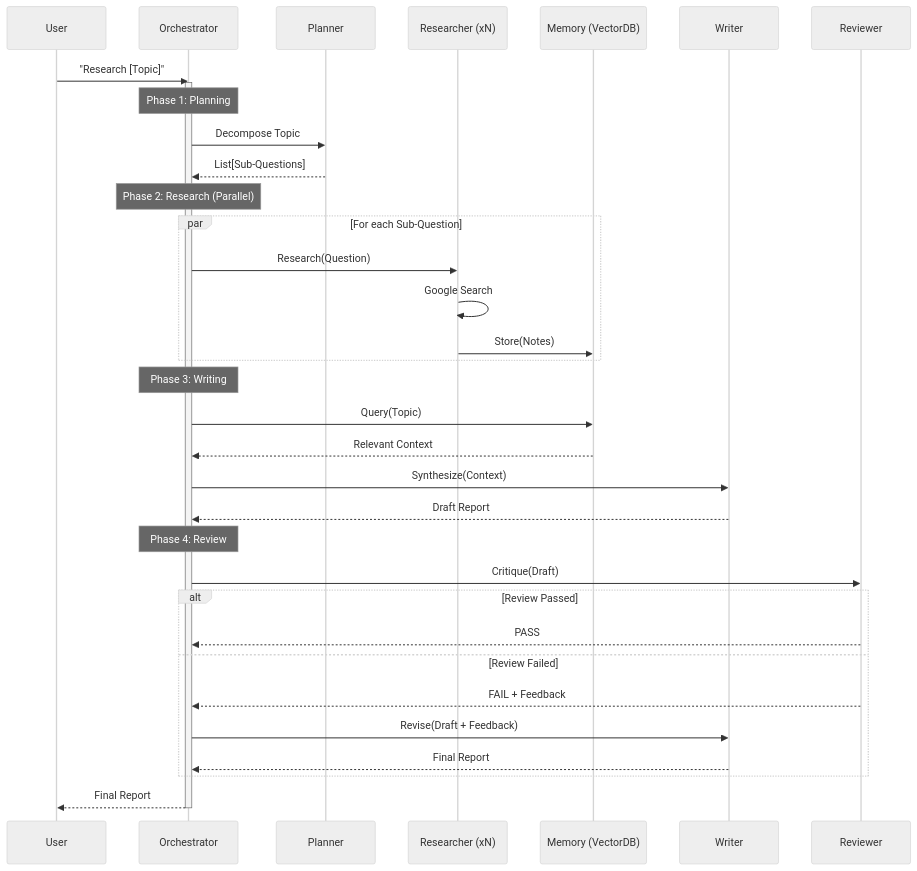
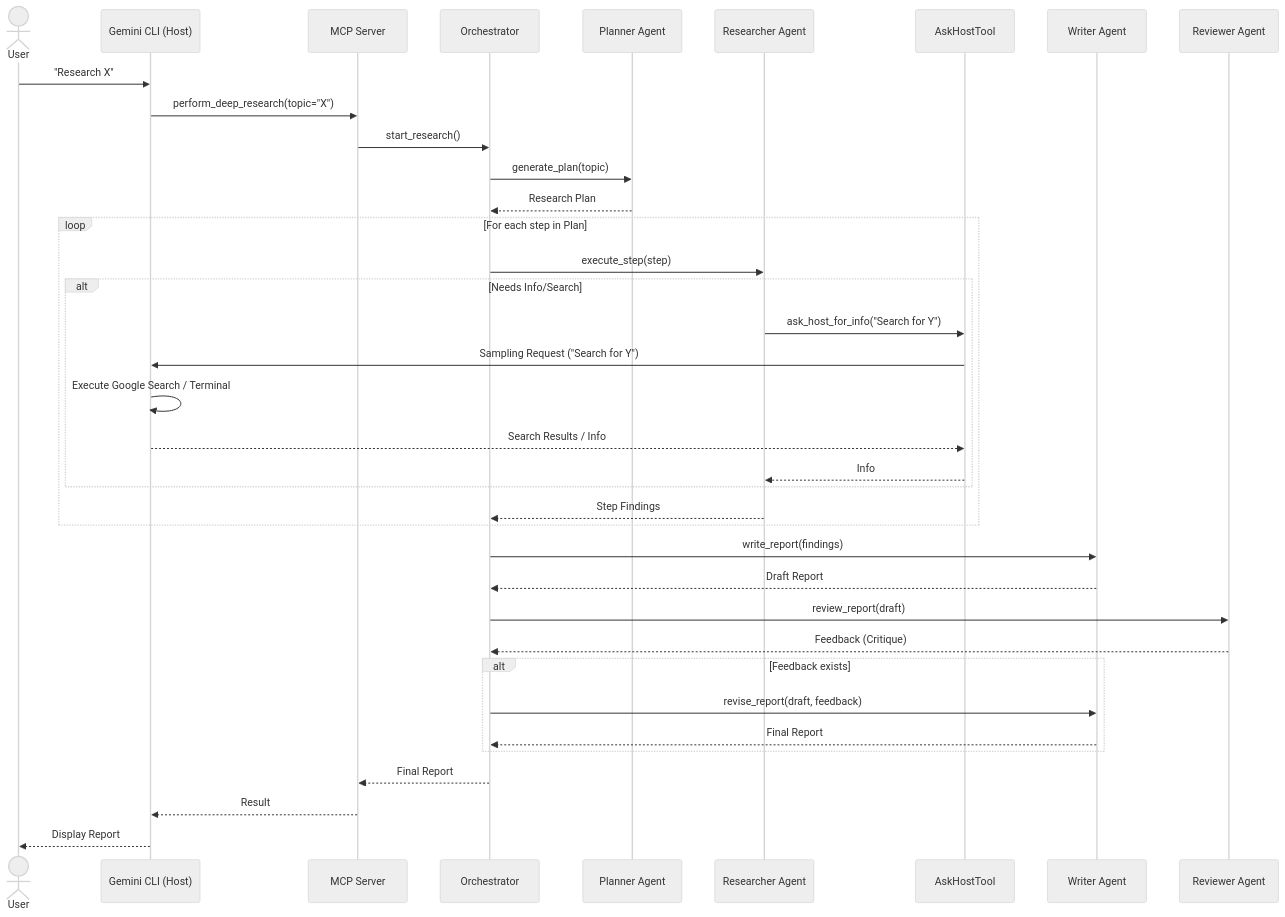
The first of 2 diagrams in README.md (ic3land3r/Deep-Research-for-CLI), drawn with Mermaid (neutral theme) before and after one commit. The commit also changed other lines of this file, not shown here.

Commit message:
docs: merge architecture.md into README.md

````diff
--- a/README.md
+++ b/README.md
@@ -39,43 +41,53 @@
 ```mermaid
 sequenceDiagram
-    participant User
+    actor User
+    participant Host as Gemini CLI (Host)
+    participant Server as MCP Server
     participant Orch as Orchestrator
-    participant Plan as Planner
-    participant Res as Researcher (xN)
-    participant Mem as Memory (VectorDB)
-    participant Write as Writer
-    participant Rev as Reviewer
+    participant Plan as Planner Agent
+    participant Res as Researcher Agent
+    participant Tool as AskHostTool
+    participant Write as Writer Agent
+    participant Rev as Reviewer Agent
+
+    User->>Host: "Research X"
+    Host->>Server: perform_deep_research(topic="X")
+    Server->>Orch: start_research()
     
-    User->>Orch: "Research [Topic]"
-    activate Orch
+    %% Planning Phase
+    Orch->>Plan: generate_plan(topic)
+    Plan-->>Orch: Research Plan
+
+    %% Research Phase (Loop)
+    loop For each step in Plan
+        Orch->>Res: execute_step(step)
+        
+        %% Recursive Host Query
+        alt Needs Info/Search
+            Res->>Tool: ask_host_for_info("Search for Y")
+            Tool->>Host: Sampling Request ("Search for Y")
+            Host->>Host: Execute Google Search / Terminal
+            Host-->>Tool: Search Results / Info
+            Tool-->>Res: Info
+        end
+        
+        Res-->>Orch: Step Findings
+    end
+
+    %% Writing Phase
+    Orch->>Write: write_report(findings)
+    Write-->>Orch: Draft Report
+
+    %% Review Phase (Cycle 3)
+    Orch->>Rev: review_report(draft)
+    Rev-->>Orch: Feedback (Critique)
     
-    Note over Orch: Phase 1: Planning
-    Orch->>Plan: Decompose Topic
-    Plan-->>Orch: List[Sub-Questions]
-    
-    Note over Orch: Phase 2: Research (Parallel)
-    par For each Sub-Question
-        Orch->>Res: Research(Question)
-        Res->>Res: Google Search
-        Res->>Mem: Store(Notes)
-    end
-    
-    Note over Orch: Phase 3: Writing
-    Orch->>Mem: Query(Topic)
-    Mem-->>Orch: Relevant Context
-    Orch->>Write: Synthesize(Context)
-    Write-->>Orch: Draft Report
-    
-    Note over Orch: Phase 4: Review
-    Orch->>Rev: Critique(Draft)
-    alt Review Passed
-        Rev-->>Orch: PASS
-    else Review Failed
-        Rev-->>Orch: FAIL + Feedback
-        Orch->>Write: Revise(Draft + Feedback)
+    alt Feedback exists
+        Orch->>Write: revise_report(draft, feedback)
         Write-->>Orch: Final Report
     end
-    
-    Orch-->>User: Final Report
-    deactivate Orch
+
+    Orch-->>Server: Final Report
+    Server-->>Host: Result
+    Host-->>User: Display Report
 ```
````
